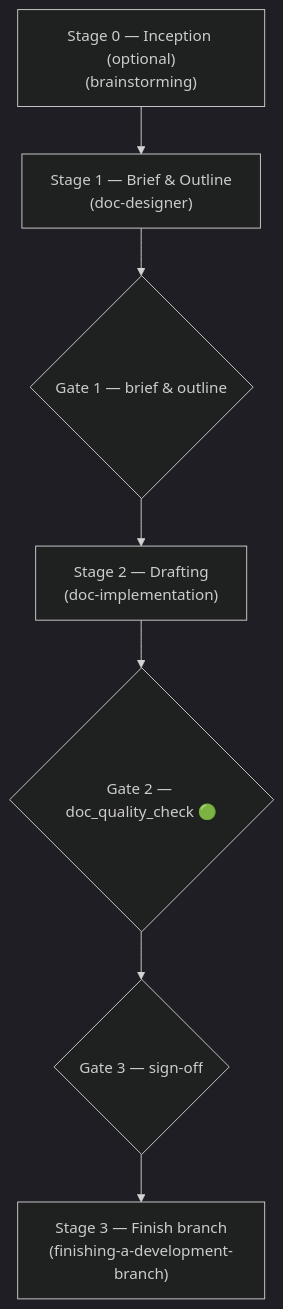
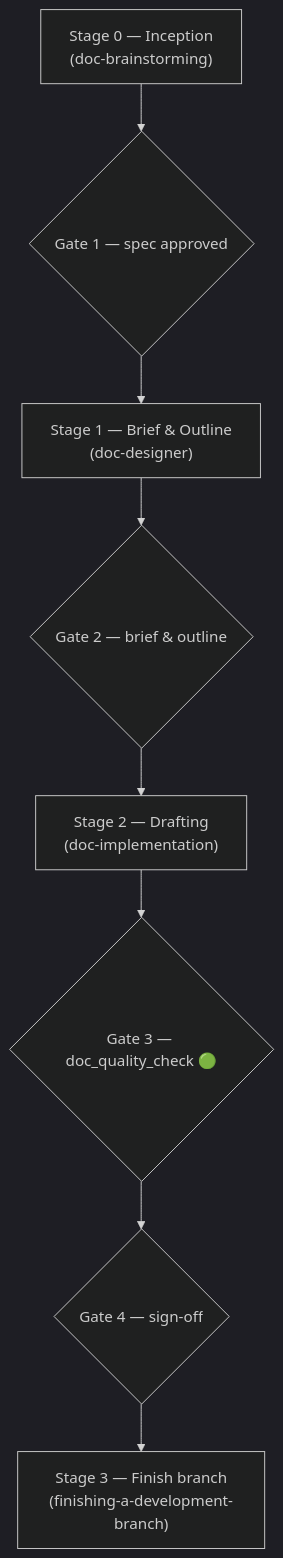
Before and after one commit to DanhDue/ai-agent-tools: the second of 4 diagrams in docs/lifecycles.en.md, drawn with Mermaid (dark theme). The commit also changed other lines of this file and 5 other files, not shown here.

````diff
--- a/docs/lifecycles.en.md
+++ b/docs/lifecycles.en.md
@@ -87,13 +94,13 @@
 ```mermaid
 flowchart TD
-    S0["Stage 0 — Inception (optional)<br/>(brainstorming)"]
+    S0["Stage 0 — Inception<br/>(doc-brainstorming)"]
+    G1{"Gate 1 — spec approved"}
     S1["Stage 1 — Brief &amp; Outline<br/>(doc-designer)"]
-    G1{"Gate 1 — brief &amp; outline"}
+    G2{"Gate 2 — brief &amp; outline"}
     S2["Stage 2 — Drafting<br/>(doc-implementation)"]
-    G2{"Gate 2 — doc_quality_check 🟢"}
-    G3{"Gate 3 — sign-off"}
+    G3{"Gate 3 — doc_quality_check 🟢"}
+    G4{"Gate 4 — sign-off"}
     S3["Stage 3 — Finish branch<br/>(finishing-a-development-branch)"]
 
-    S0 --> S1
-    S1 --> G1 --> S2 --> G2 --> G3 --> S3
+    S0 --> G1 --> S1 --> G2 --> S2 --> G3 --> G4 --> S3
 ```
````
